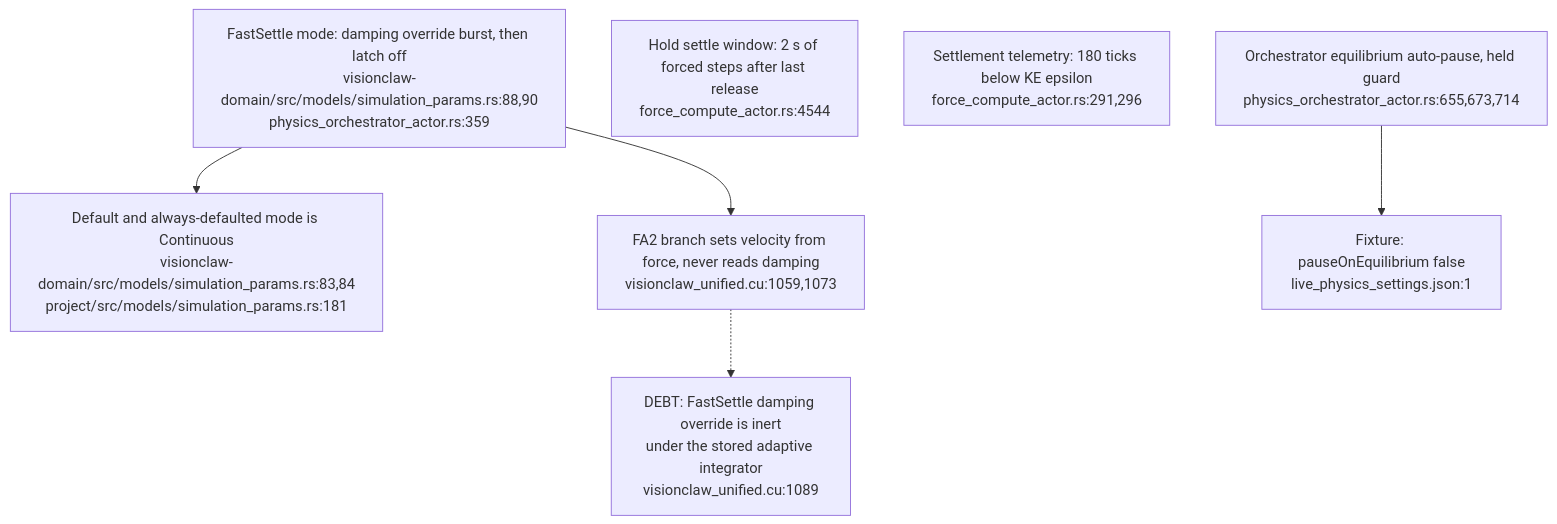
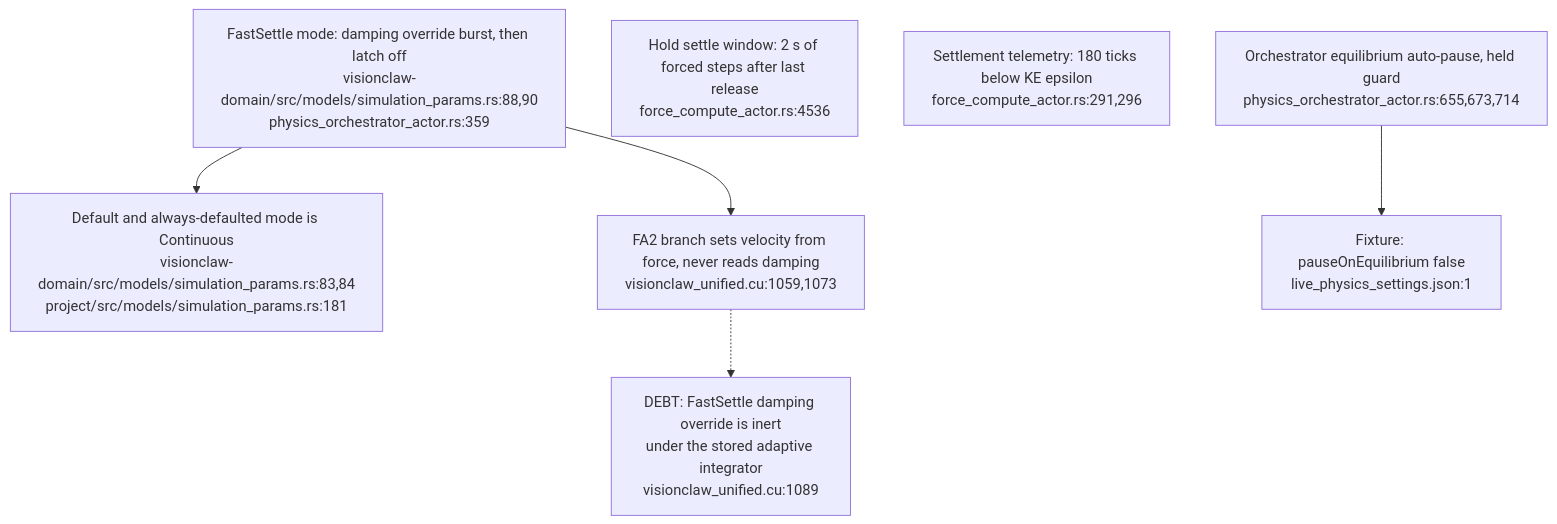
The third of 5 diagrams in docs/diagrams/visionclaw/54-layout-mode-step-cadence-and-settle.md (DreamLab-AI/VisionFlow), drawn with Mermaid before and after one commit. The commit also changed other lines of this file and 46 other files, not shown here.

Commit message:
docs(diagrams): re-verify VisionClaw topics at 809a859aa/a950f4d80 after the consolidation pass

````diff
--- a/docs/diagrams/visionclaw/54-layout-mode-step-cadence-and-settle.md
+++ b/docs/diagrams/visionclaw/54-layout-mode-step-cadence-and-settle.md
@@ -80,9 +82,9 @@
 ```mermaid
 flowchart TD
     FS["FastSettle mode: damping override burst, then latch off<br/>visionclaw-domain/src/models/simulation_params.rs:88,90<br/>physics_orchestrator_actor.rs:359"] --> DEF["Default and always-defaulted mode is Continuous<br/>visionclaw-domain/src/models/simulation_params.rs:83,84<br/>project/src/models/simulation_params.rs:181"]
-    WIN["Hold settle window: 2 s of forced steps after last release<br/>force_compute_actor.rs:4544"]
+    WIN["Hold settle window: 2 s of forced steps after last release<br/>force_compute_actor.rs:4536"]
     TEL["Settlement telemetry: 180 ticks below KE epsilon<br/>force_compute_actor.rs:291,296"]
     EQ["Orchestrator equilibrium auto-pause, held guard<br/>physics_orchestrator_actor.rs:655,673,714"] --> OFF["Fixture: pauseOnEquilibrium false<br/>live_physics_settings.json:1"]
     FS --> FA2["FA2 branch sets velocity from force, never reads damping<br/>visionclaw_unified.cu:1059,1073"]
     FA2 -.-> D1["DEBT: FastSettle damping override is inert<br/>under the stored adaptive integrator<br/>visionclaw_unified.cu:1089"]
 ```
````
